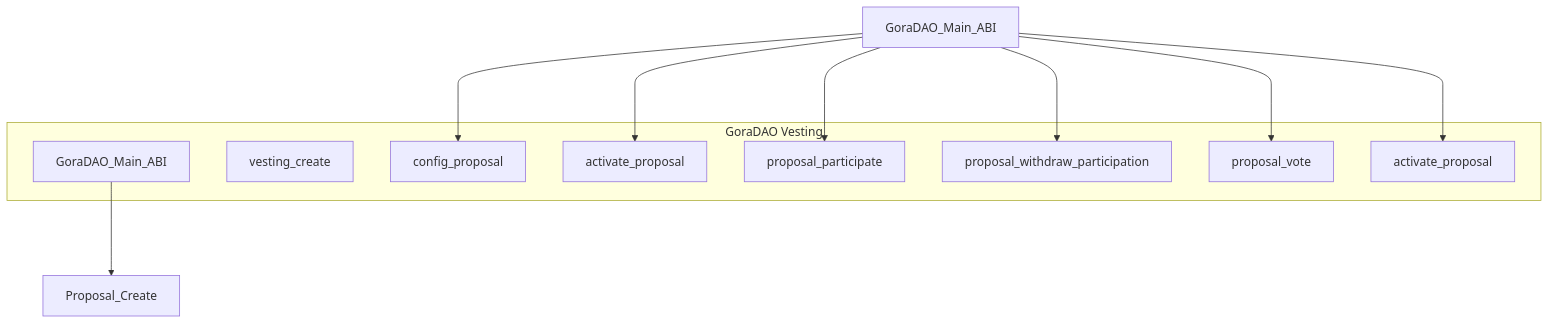
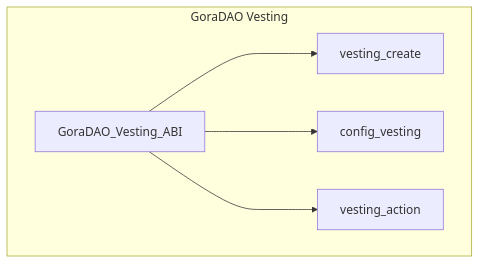
One commit to GoraNetwork/gora-dao-smartcontracts changed the eighth of 8 diagrams in README.md. Above: the diagram before and after it, drawn with Mermaid.

````diff
--- a/README.md
+++ b/README.md
@@ -298,29 +298,21 @@
 ```mermaid
 
 graph TB
  
       subgraph GoraDAO Vesting
             GoraDAO_Vesting[GoraDAO_Vesting_ABI]
             Vesting_Create[vesting_create]
-            Configure_Proposal[config_proposal]
-            Activate_Voting[activate_proposal]
-            Proposal_Participate[proposal_participate]
-            Proposal_Withdraw_Participation[proposal_withdraw_participation]
-            Proposal_Vote[proposal_vote]
-            Force_Close_Proposal[activate_proposal]
+            Configure_Vesting[config_vesting]
+            Vesting_Action[vesting_action]
+ 
        
         end
       
 
-      GoraDAO_Vesting[GoraDAO_Main_ABI] ---> Proposal_Create
+      GoraDAO_Vesting[GoraDAO_Vesting_ABI] ---> Vesting_Create
+      GoraDAO_Vesting[GoraDAO_Vesting_ABI] ---> Configure_Vesting
+      GoraDAO_Vesting[GoraDAO_Vesting_ABI] ---> Vesting_Action
 
-
-      GoraDAO_Proposal[GoraDAO_Main_ABI] ---> Configure_Proposal
-      GoraDAO_Proposal[GoraDAO_Main_ABI] ---> Activate_Voting
-      GoraDAO_Proposal[GoraDAO_Main_ABI] ---> Proposal_Participate
-      GoraDAO_Proposal[GoraDAO_Main_ABI] ---> Proposal_Withdraw_Participation
-      GoraDAO_Proposal[GoraDAO_Main_ABI] ---> Proposal_Vote
-      GoraDAO_Proposal[GoraDAO_Main_ABI] ---> Force_Close_Proposal
  
 
 ```
````
